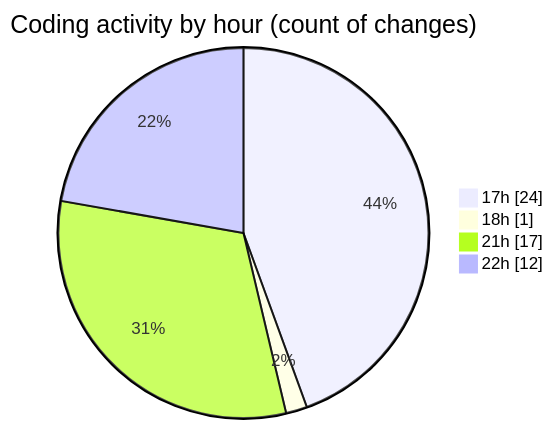
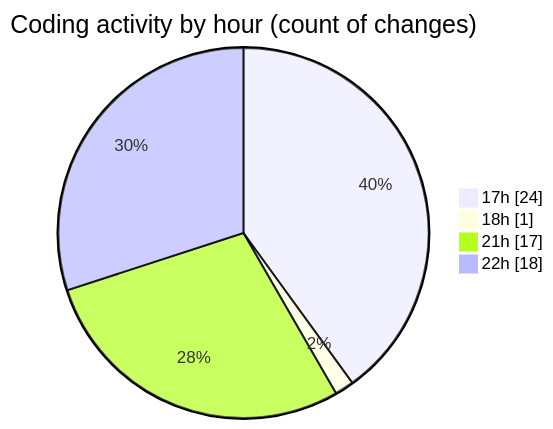
One commit to EIIisD/code-tracking changed the second of 2 diagrams in 2025-07-13/tampermonkey/README.md. Above: the diagram before and after it, drawn with Mermaid. The commit also changed other lines of this file and 1 other file, not shown here.

````diff
--- a/2025-07-13/tampermonkey/README.md
+++ b/2025-07-13/tampermonkey/README.md
@@ -44,8 +44,8 @@
 ```mermaid
 pie showData
 title Coding activity by hour (count of changes)
 "17h" : 24
 "18h" : 1
 "21h" : 17
-"22h" : 12
+"22h" : 18
 ```
````
